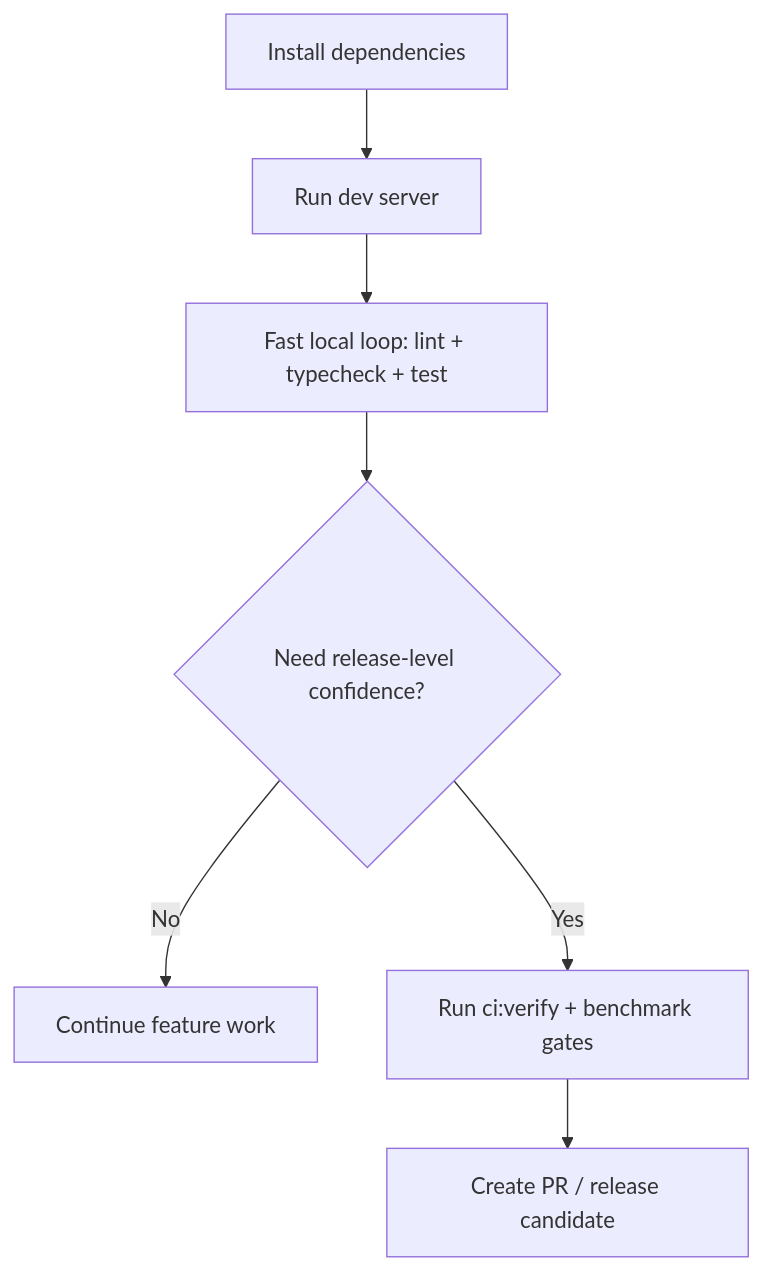
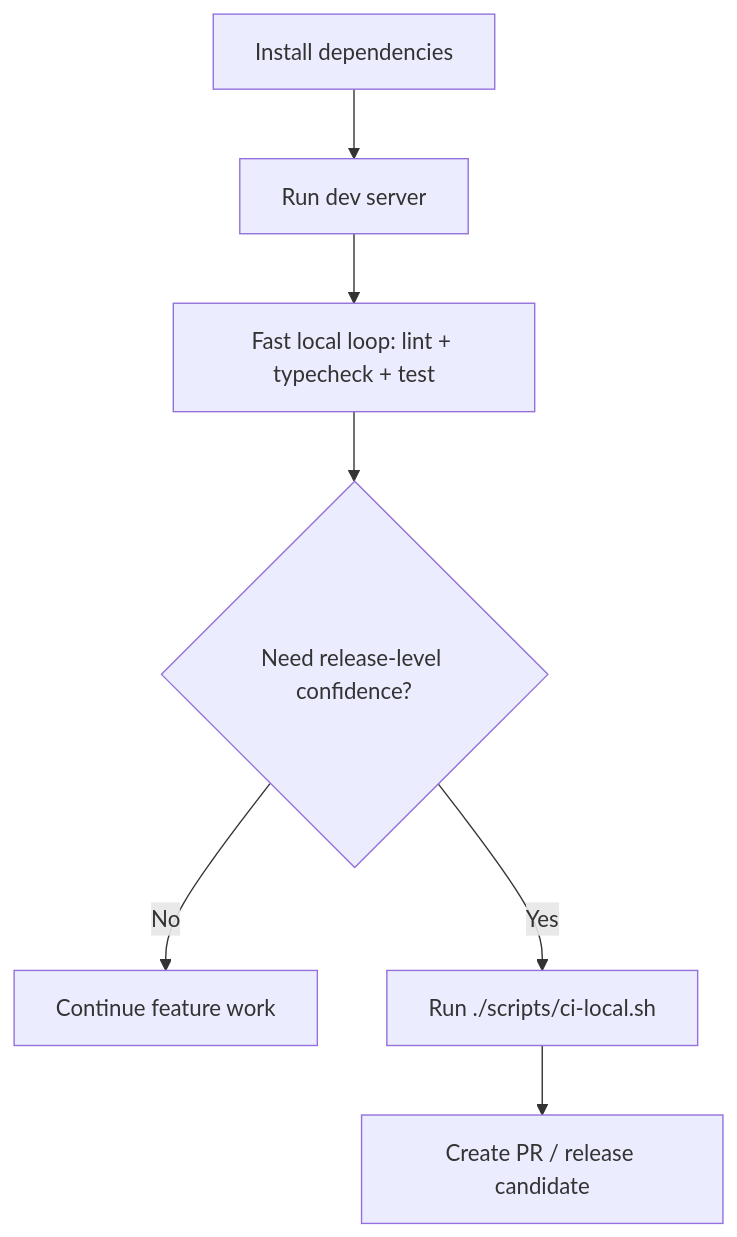
One commit to sebastianspicker/otherlight changed the diagram in docs/RUNBOOK.md. Above: the diagram before and after it, drawn with Mermaid. The commit also changed other lines of this file and 368 other files, not shown here.

````diff
--- a/docs/RUNBOOK.md
+++ b/docs/RUNBOOK.md
@@ -9,9 +9,9 @@
 ```mermaid
 flowchart TD
   Setup["Install dependencies"] --> Dev["Run dev server"]
   Dev --> Fast["Fast local loop: lint + typecheck + test"]
   Fast --> Full{"Need release-level confidence?"}
   Full -->|No| Continue["Continue feature work"]
-  Full -->|Yes| Verify["Run ci:verify + benchmark gates"]
+  Full -->|Yes| Verify["Run ./scripts/ci-local.sh"]
   Verify --> Ship["Create PR / release candidate"]
 ```
````
